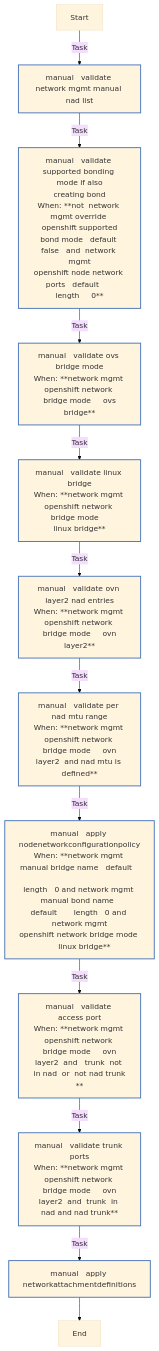
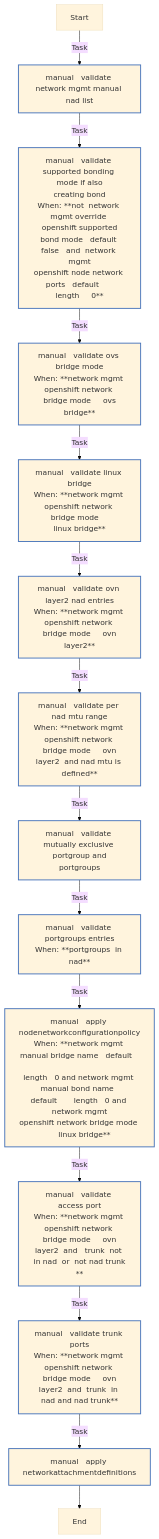
One commit to redhat-cop/openshift_virtualization_migration changed the eighth of 9 diagrams in roles/network_mgmt/README.md. Above: the diagram before and after it, drawn with Mermaid (base theme). The commit also changed other lines of this file and 9 other files, not shown here.

Commit message:
feat: support multiple portgroups per NAD in network mapping (#102)

````diff
--- a/roles/network_mgmt/README.md
+++ b/roles/network_mgmt/README.md
@@ -385,24 +387,26 @@
 ```mermaid
 flowchart TD
 Start
 classDef block stroke:#3498db,stroke-width:2px;
 classDef task stroke:#4b76bb,stroke-width:2px;
 classDef includeTasks stroke:#16a085,stroke-width:2px;
 classDef importTasks stroke:#34495e,stroke-width:2px;
 classDef includeRole stroke:#2980b9,stroke-width:2px;
 classDef importRole stroke:#699ba7,stroke-width:2px;
 classDef includeVars stroke:#8e44ad,stroke-width:2px;
 classDef rescue stroke:#665352,stroke-width:2px;
 
   Start-->|Task| manual___Validate_network_mgmt_manual_nad_list0[manual   validate network mgmt manual nad list]:::task
   manual___Validate_network_mgmt_manual_nad_list0-->|Task| manual___Validate_supported_bonding_mode_if_also_creating_bond1[manual   validate supported bonding mode if also<br>creating bond<br>When: **not  network mgmt override openshift supported<br>bond mode   default false   and  network mgmt<br>openshift node network ports   default      <br>length     0**]:::task
   manual___Validate_supported_bonding_mode_if_also_creating_bond1-->|Task| manual___Validate_ovs_bridge_mode2[manual   validate ovs bridge mode<br>When: **network mgmt openshift network bridge mode     ovs<br>bridge**]:::task
   manual___Validate_ovs_bridge_mode2-->|Task| manual___Validate_linux_bridge3[manual   validate linux bridge<br>When: **network mgmt openshift network bridge mode    <br>linux bridge**]:::task
   manual___Validate_linux_bridge3-->|Task| manual___Validate_ovn_layer2_NAD_entries4[manual   validate ovn layer2 nad entries<br>When: **network mgmt openshift network bridge mode     ovn<br>layer2**]:::task
   manual___Validate_ovn_layer2_NAD_entries4-->|Task| manual___Validate_per_NAD_MTU_range5[manual   validate per nad mtu range<br>When: **network mgmt openshift network bridge mode     ovn<br>layer2  and nad mtu is defined**]:::task
-  manual___Validate_per_NAD_MTU_range5-->|Task| manual___Apply_NodeNetworkConfigurationPolicy6[manual   apply nodenetworkconfigurationpolicy<br>When: **network mgmt manual bridge name   default      <br>length   0 and network mgmt manual bond name  <br>default       length   0 and network mgmt<br>openshift network bridge mode     linux bridge**]:::task
-  manual___Apply_NodeNetworkConfigurationPolicy6-->|Task| manual___Validate_access_port7[manual   validate access port<br>When: **network mgmt openshift network bridge mode     ovn<br>layer2  and   trunk  not in nad  or  not nad trunk<br>**]:::task
-  manual___Validate_access_port7-->|Task| manual___Validate_trunk_ports8[manual   validate trunk ports<br>When: **network mgmt openshift network bridge mode     ovn<br>layer2  and  trunk  in nad and nad trunk**]:::task
-  manual___Validate_trunk_ports8-->|Task| manual___Apply_NetworkAttachmentDefinitions9[manual   apply networkattachmentdefinitions]:::task
-  manual___Apply_NetworkAttachmentDefinitions9-->End
+  manual___Validate_per_NAD_MTU_range5-->|Task| manual___Validate_mutually_exclusive_portgroup_and_portgroups6[manual   validate mutually exclusive portgroup and<br>portgroups]:::task
+  manual___Validate_mutually_exclusive_portgroup_and_portgroups6-->|Task| manual___Validate_portgroups_entries7[manual   validate portgroups entries<br>When: **portgroups  in nad**]:::task
+  manual___Validate_portgroups_entries7-->|Task| manual___Apply_NodeNetworkConfigurationPolicy8[manual   apply nodenetworkconfigurationpolicy<br>When: **network mgmt manual bridge name   default      <br>length   0 and network mgmt manual bond name  <br>default       length   0 and network mgmt<br>openshift network bridge mode     linux bridge**]:::task
+  manual___Apply_NodeNetworkConfigurationPolicy8-->|Task| manual___Validate_access_port9[manual   validate access port<br>When: **network mgmt openshift network bridge mode     ovn<br>layer2  and   trunk  not in nad  or  not nad trunk<br>**]:::task
+  manual___Validate_access_port9-->|Task| manual___Validate_trunk_ports10[manual   validate trunk ports<br>When: **network mgmt openshift network bridge mode     ovn<br>layer2  and  trunk  in nad and nad trunk**]:::task
+  manual___Validate_trunk_ports10-->|Task| manual___Apply_NetworkAttachmentDefinitions11[manual   apply networkattachmentdefinitions]:::task
+  manual___Apply_NetworkAttachmentDefinitions11-->End
 ```
````
